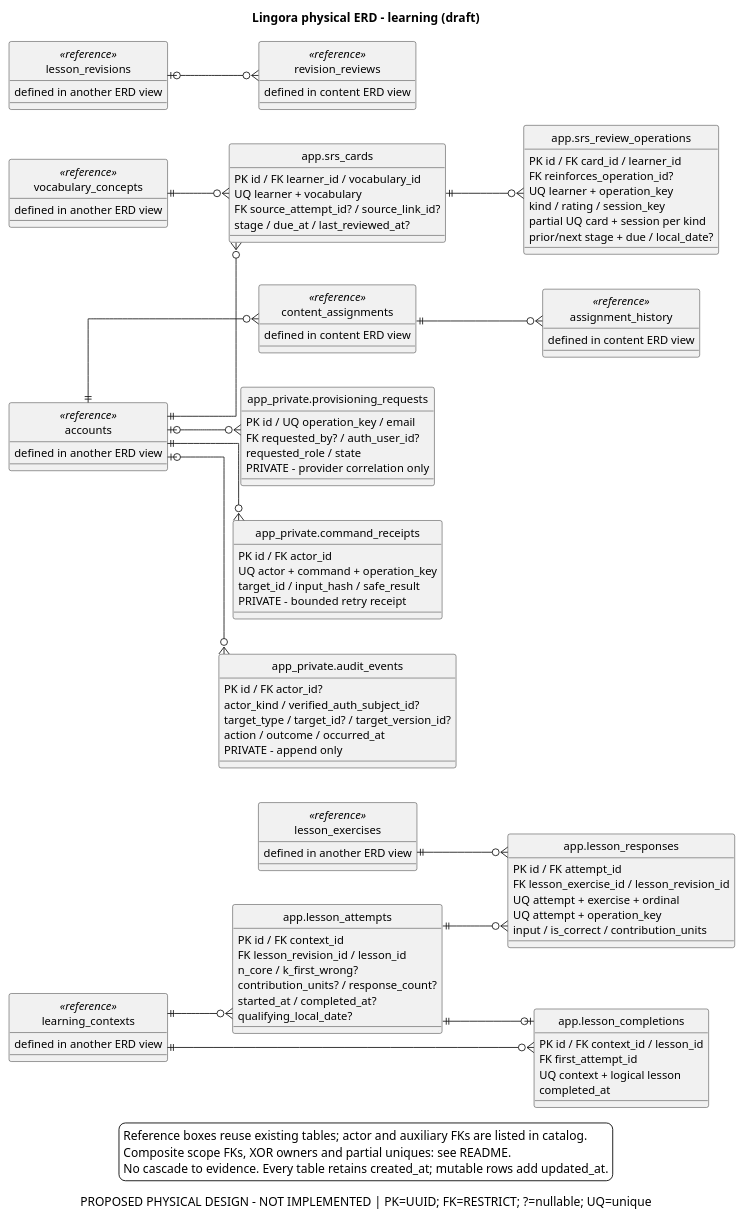
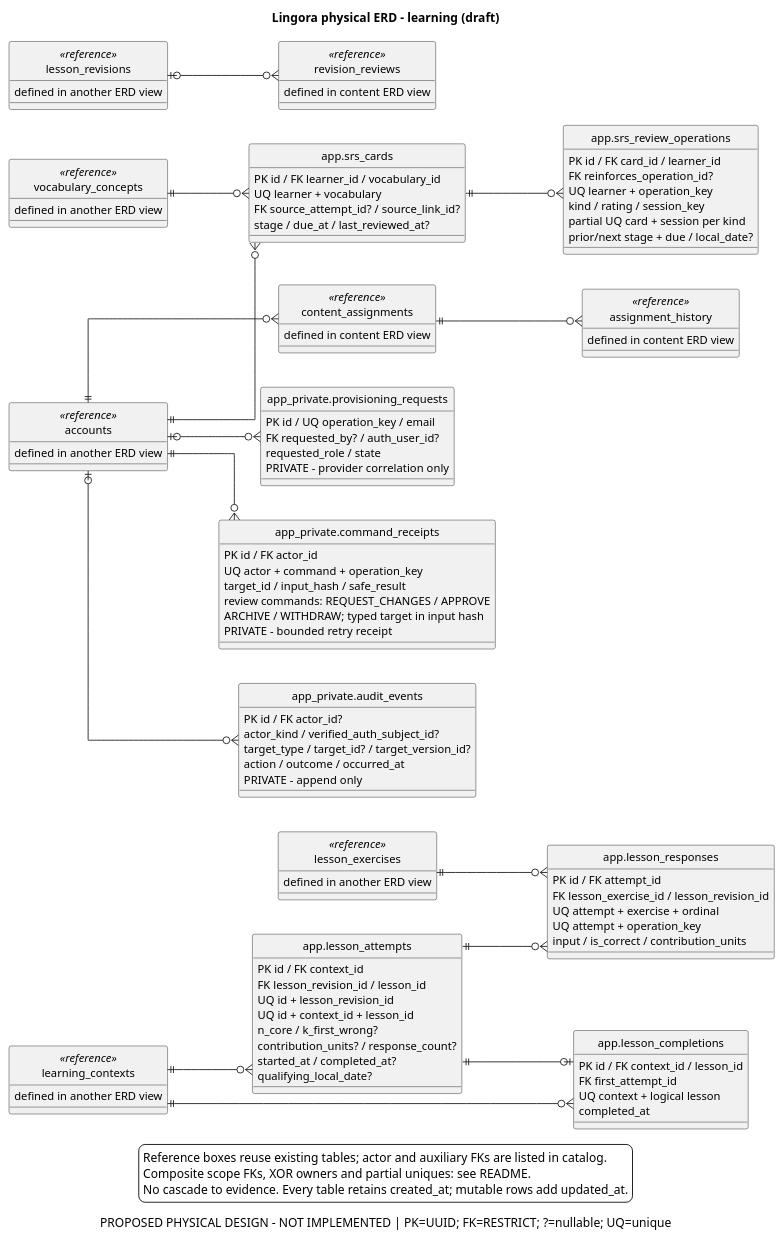
Before and after one commit to PhamNguyenThanhTung/lingora-workspace: the third of 4 diagrams in docs/design/physical/physical-erd.puml, drawn with PlantUML. The commit also changed other lines of this file and 98 other files, not shown here.

```diff
--- a/docs/design/physical/physical-erd.puml
+++ b/docs/design/physical/physical-erd.puml
@@ -221,112 +221,116 @@
 @startuml physical-erd-learning
 ' classification: PROPOSED PHYSICAL DESIGN - NOT IMPLEMENTED
 skinparam backgroundColor white
 skinparam monochrome true
 skinparam shadowing false
 skinparam defaultFontName Arial
 skinparam defaultFontSize 13
 skinparam linetype ortho
 skinparam nodesep 40
 skinparam ranksep 60
 hide circle
 left to right direction
 title Lingora physical ERD - learning (draft)
 caption PROPOSED PHYSICAL DESIGN - NOT IMPLEMENTED | PK=UUID; FK=RESTRICT; ?=nullable; UQ=unique
 entity "app.lesson_attempts" as lesson_attempts {
   PK id / FK context_id
   FK lesson_revision_id / lesson_id
+  UQ id + lesson_revision_id
+  UQ id + context_id + lesson_id
   n_core / k_first_wrong?
   contribution_units? / response_count?
   started_at / completed_at?
   qualifying_local_date?
 }
 entity "app.lesson_responses" as lesson_responses {
   PK id / FK attempt_id
   FK lesson_exercise_id / lesson_revision_id
   UQ attempt + exercise + ordinal
   UQ attempt + operation_key
   input / is_correct / contribution_units
 }
 entity "app.lesson_completions" as lesson_completions {
   PK id / FK context_id / lesson_id
   FK first_attempt_id
   UQ context + logical lesson
   completed_at
 }
 entity "app.srs_cards" as srs_cards {
   PK id / FK learner_id / vocabulary_id
   UQ learner + vocabulary
   FK source_attempt_id? / source_link_id?
   stage / due_at / last_reviewed_at?
 }
 entity "app.srs_review_operations" as srs_review_operations {
   PK id / FK card_id / learner_id
   FK reinforces_operation_id?
   UQ learner + operation_key
   kind / rating / session_key
   partial UQ card + session per kind
   prior/next stage + due / local_date?
 }
 entity "content_assignments" as content_assignments <<reference>> {
   defined in content ERD view
 }
 entity "assignment_history" as assignment_history <<reference>> {
   defined in content ERD view
 }
 entity "revision_reviews" as revision_reviews <<reference>> {
   defined in content ERD view
 }
 entity "app_private.provisioning_requests" as provisioning_requests {
   PK id / UQ operation_key / email
   FK requested_by? / auth_user_id?
   requested_role / state
   PRIVATE - provider correlation only
 }
 entity "app_private.command_receipts" as command_receipts {
   PK id / FK actor_id
   UQ actor + command + operation_key
   target_id / input_hash / safe_result
+  review commands: REQUEST_CHANGES / APPROVE
+  ARCHIVE / WITHDRAW; typed target in input hash
   PRIVATE - bounded retry receipt
 }
 entity "app_private.audit_events" as audit_events {
   PK id / FK actor_id?
   actor_kind / verified_auth_subject_id?
   target_type / target_id? / target_version_id?
   action / outcome / occurred_at
   PRIVATE - append only
 }
 entity "accounts" as accounts <<reference>> {
   defined in another ERD view
 }
 entity "learning_contexts" as learning_contexts <<reference>> {
   defined in another ERD view
 }
 entity "lesson_revisions" as lesson_revisions <<reference>> {
   defined in another ERD view
 }
 entity "lesson_exercises" as lesson_exercises <<reference>> {
   defined in another ERD view
 }
 entity "vocabulary_concepts" as vocabulary_concepts <<reference>> {
   defined in another ERD view
 }
 learning_contexts ||--o{ lesson_attempts
 lesson_attempts ||--o{ lesson_responses
 lesson_exercises ||--o{ lesson_responses
 learning_contexts ||--o{ lesson_completions
 lesson_attempts ||--o| lesson_completions
 accounts ||--o{ srs_cards
 vocabulary_concepts ||--o{ srs_cards
 srs_cards ||--o{ srs_review_operations
 content_assignments ||--o{ assignment_history
 lesson_revisions |o--o{ revision_reviews
 accounts ||--o{ content_assignments
 accounts |o--o{ audit_events
 accounts ||--o{ command_receipts
 accounts |o--o{ provisioning_requests
 legend bottom
 Reference boxes reuse existing tables; actor and auxiliary FKs are listed in catalog.
 Composite scope FKs, XOR owners and partial uniques: see README.
 No cascade to evidence. Every table retains created_at; mutable rows add updated_at.
 endlegend
 @enduml
```
